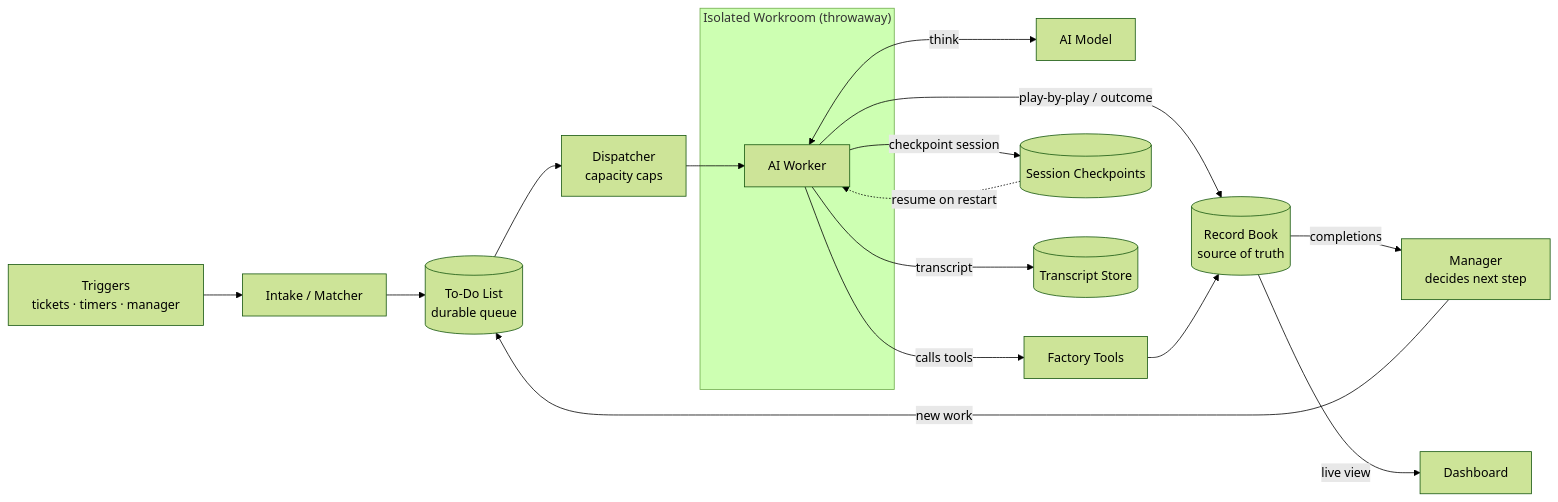
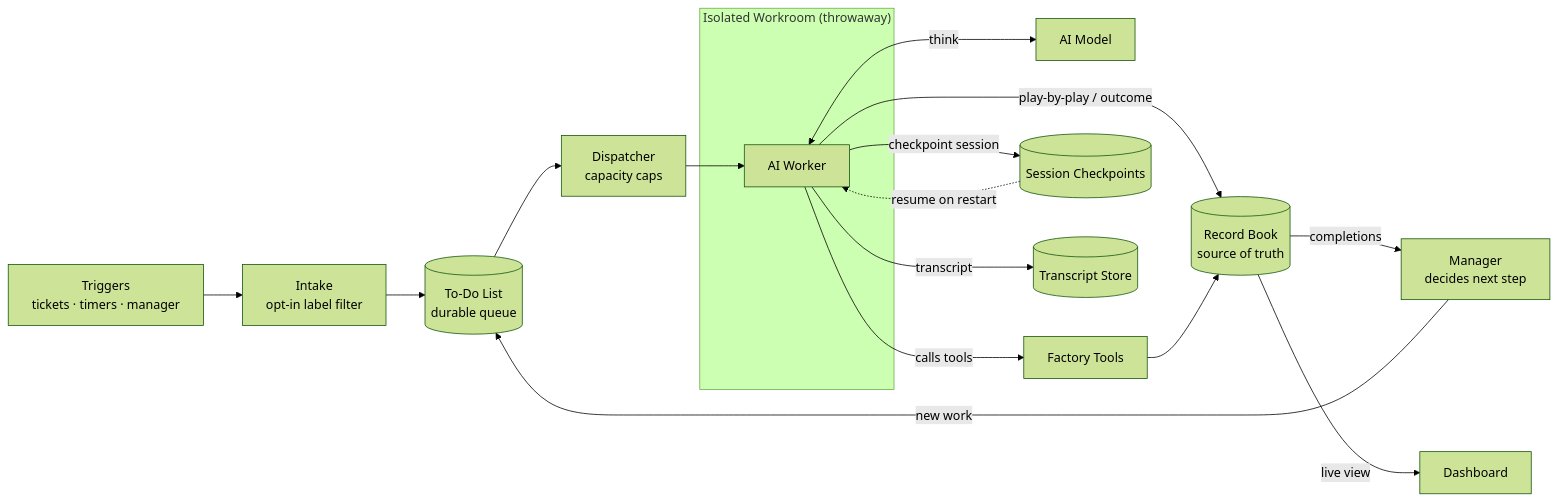
The diagram in docs/factory-product-spec.md (prezaei/simplefactory), drawn with Mermaid (forest theme) before and after one commit. The commit also changed other lines of this file, not shown here.

````diff
--- a/docs/factory-product-spec.md
+++ b/docs/factory-product-spec.md
@@ -98,20 +98,20 @@
 ```mermaid
 flowchart LR
-    T["Triggers<br/>tickets · timers · manager"] --> I["Intake / Matcher"]
+    T["Triggers<br/>tickets · timers · manager"] --> I["Intake<br/>opt-in label filter"]
     I --> Q[("To-Do List<br/>durable queue")]
     Q --> D["Dispatcher<br/>capacity caps"]
     D --> A
     subgraph Workroom["Isolated Workroom (throwaway)"]
       A["AI Worker"]
     end
     A <-->|think| M["AI Model"]
     A -->|calls tools| TA["Factory Tools"]
     A -->|checkpoint session| CP[("Session Checkpoints")]
     CP -.->|resume on restart| A
     A -->|transcript| AR[("Transcript Store")]
     A -->|play-by-play / outcome| R[("Record Book<br/>source of truth")]
     TA --> R
     R -->|completions| MG["Manager<br/>decides next step"]
     MG -->|new work| Q
     R -->|live view| DB["Dashboard"]
 ```
````
